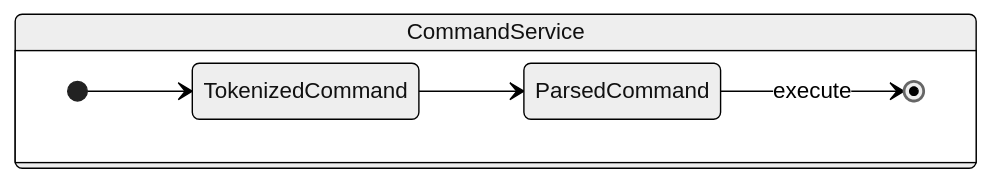
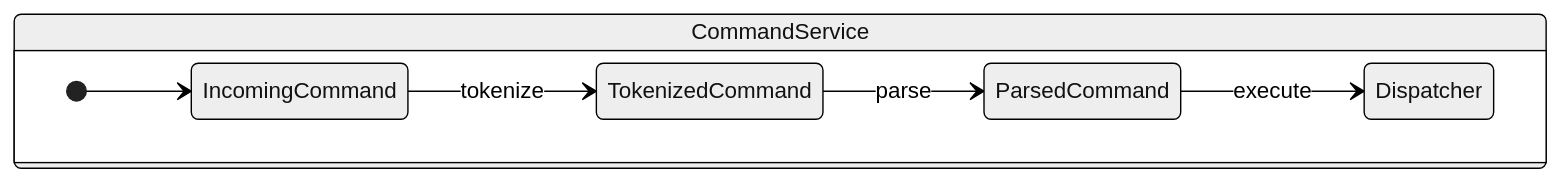
One commit to jbrunton/chat-demo changed the second of 2 diagrams in services/api/architecture.md. Above: the diagram before and after it, drawn with Mermaid (neutral theme). The commit also changed other lines of this file, not shown here.

````diff
--- a/services/api/architecture.md
+++ b/services/api/architecture.md
@@ -43,9 +43,11 @@
 ```mermaid
 stateDiagram
   state CommandService {
     direction LR
-    [*] --> TokenizedCommand
-    TokenizedCommand --> ParsedCommand
-    ParsedCommand --> [*] : execute
+    [*] --> IncomingCommand
+    IncomingCommand --> TokenizedCommand : tokenize
+    TokenizedCommand --> ParsedCommand : parse
+    ParsedCommand --> Dispatcher : execute
+    Dispatcher
   }
 ```
````
